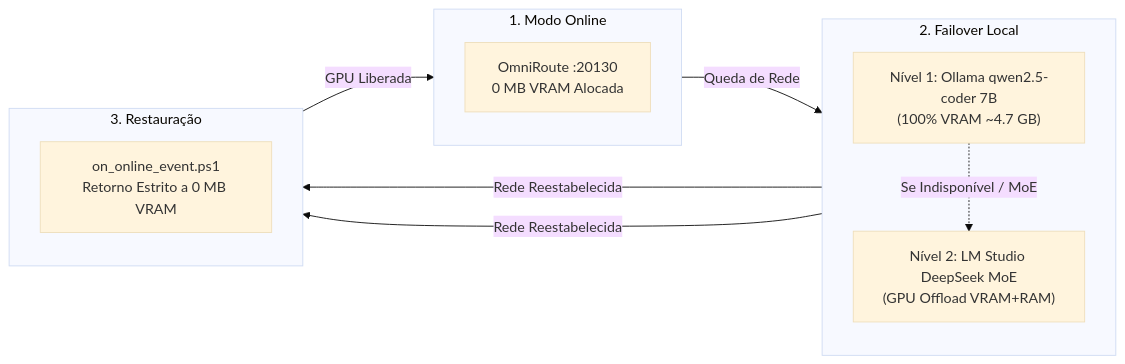
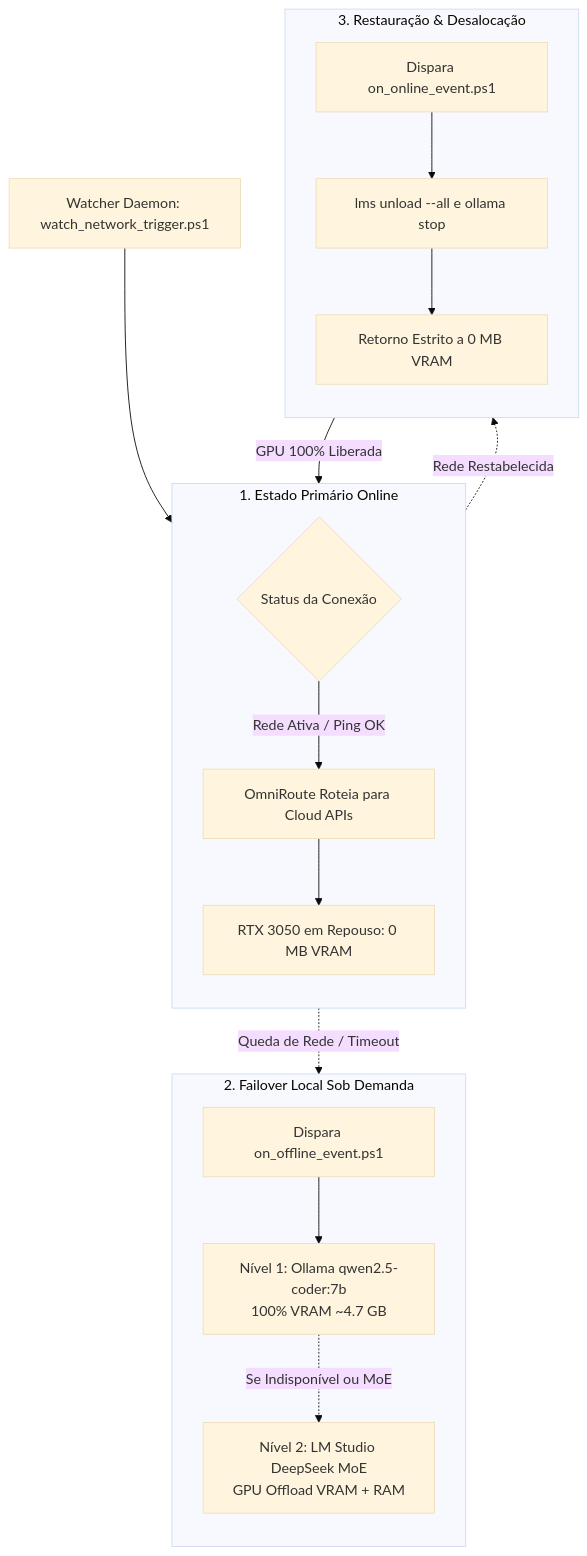
The sixth of 6 diagrams in README.md (EnterDufter/PromptCoreLabs_AEOS), drawn with Mermaid (base theme) before and after one commit. The commit also changed 4 other files, not shown here.

Commit message:
fix: harmonize Passo 6 Mermaid diagram proportions and restore natural legible modal SVG scaling

````diff
--- a/README.md
+++ b/README.md
@@ -264,24 +264,26 @@
 ```mermaid
-flowchart LR
-    subgraph ModoOnline [1. Modo Online]
+flowchart TD
+    Daemon[Watcher Daemon: watch_network_trigger.ps1] --> Router{Status da Conexão}
+
+    subgraph EstadoOnline [1. Estado Primário Online]
         direction TB
-        NodeOnline["OmniRoute :20130<br>0 MB VRAM Alocada"]
+        Router -->|Rede Ativa / Ping OK| CloudOp[OmniRoute Roteia para Cloud APIs]
+        CloudOp --> ZeroVRAM[RTX 3050 em Repouso: 0 MB VRAM]
     end
 
-    subgraph FailoverLocal [2. Failover Local]
+    subgraph EstadoOffline [2. Failover Local Sob Demanda]
         direction TB
-        NodeL1["Nível 1: Ollama qwen2.5-coder 7B<br>(100% VRAM ~4.7 GB)"]
-        NodeL2["Nível 2: LM Studio DeepSeek MoE<br>(GPU Offload VRAM+RAM)"]
-        NodeL1 -.->|Se Indisponível / MoE| NodeL2
+        Router -.->|Queda de Rede / Timeout| TriggerOff[Dispara on_offline_event.ps1]
+        TriggerOff --> L1[Nível 1: Ollama qwen2.5-coder:7b<br>100% VRAM ~4.7 GB]
+        L1 -.->|Se Indisponível ou MoE| L2[Nível 2: LM Studio DeepSeek MoE<br>GPU Offload VRAM + RAM]
     end
 
-    subgraph ModoRestauracao [3. Restauração]
+    subgraph EstadoRestauracao [3. Restauração & Desalocação]
         direction TB
-        NodeUnload["on_online_event.ps1<br>Retorno Estrito a 0 MB VRAM"]
+        Router -.->|Rede Restabelecida| TriggerOn[Dispara on_online_event.ps1]
+        TriggerOn --> Unload[lms unload --all e ollama stop]
+        Unload --> ZeroReturn[Retorno Estrito a 0 MB VRAM]
     end
 
-    NodeOnline -->|Queda de Rede| NodeL1
-    NodeL1 -->|Rede Reestabelecida| NodeUnload
-    NodeL2 -->|Rede Reestabelecida| NodeUnload
-    NodeUnload -->|GPU Liberada| NodeOnline
+    ZeroReturn -->|GPU 100% Liberada| Router
 ```
````
